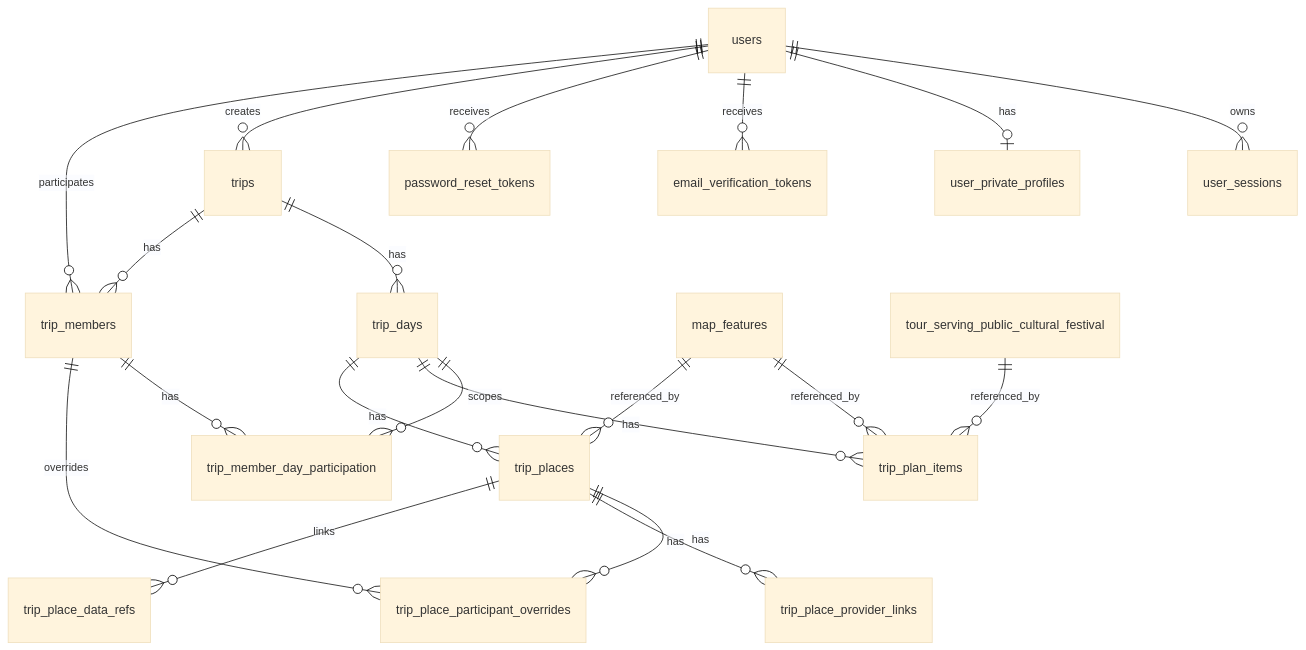
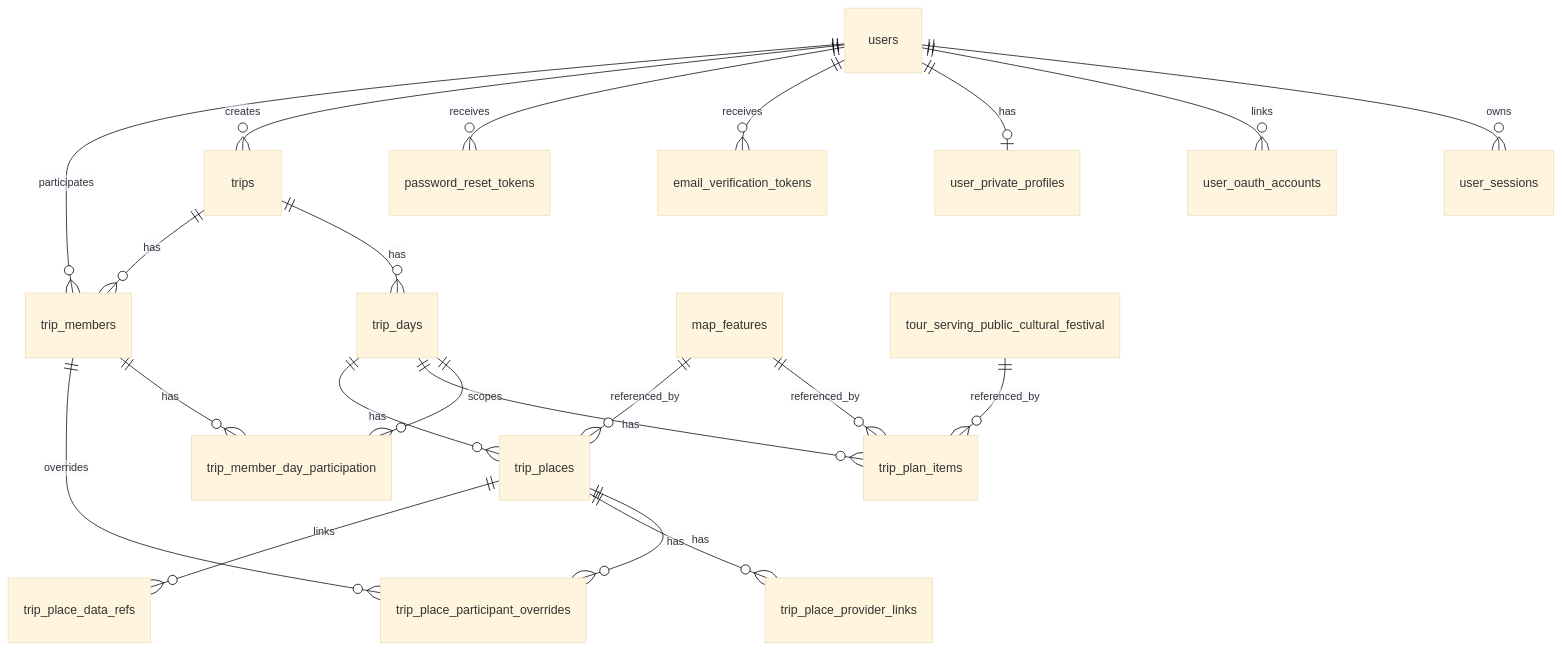
One commit to digitie/pinvi changed the diagram in docs/architecture/user-trip-schema.md. Above: the diagram before and after it, drawn with Mermaid (base theme). The commit also changed other lines of this file and 10 other files, not shown here.

````diff
--- a/docs/architecture/user-trip-schema.md
+++ b/docs/architecture/user-trip-schema.md
@@ -41,22 +42,23 @@
 ```mermaid
 erDiagram
   users ||--o{ user_sessions : owns
+  users ||--o{ user_oauth_accounts : links
   users ||--o| user_private_profiles : has
   users ||--o{ email_verification_tokens : receives
   users ||--o{ password_reset_tokens : receives
   users ||--o{ trips : creates
   users ||--o{ trip_members : participates
   trips ||--o{ trip_days : has
   trips ||--o{ trip_members : has
   trip_days ||--o{ trip_member_day_participation : scopes
   trip_members ||--o{ trip_member_day_participation : has
   trip_days ||--o{ trip_plan_items : has
   map_features ||--o{ trip_plan_items : referenced_by
   tour_serving_public_cultural_festival ||--o{ trip_plan_items : referenced_by
   trip_days ||--o{ trip_places : has
   map_features ||--o{ trip_places : referenced_by
   trip_places ||--o{ trip_place_participant_overrides : has
   trip_members ||--o{ trip_place_participant_overrides : overrides
   trip_places ||--o{ trip_place_provider_links : has
   trip_places ||--o{ trip_place_data_refs : links
 ```
````
